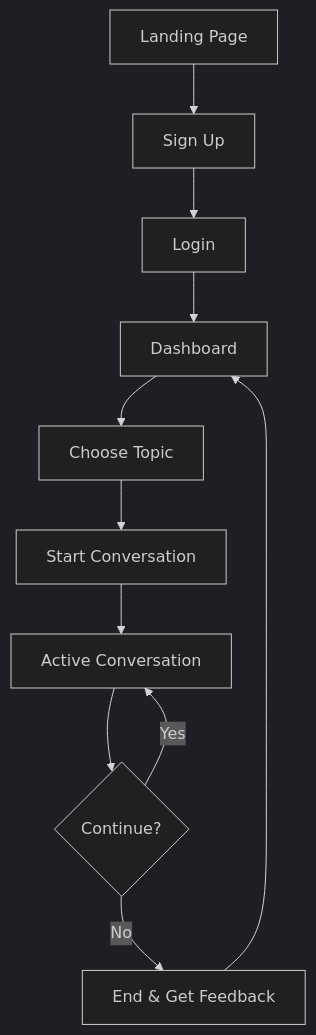
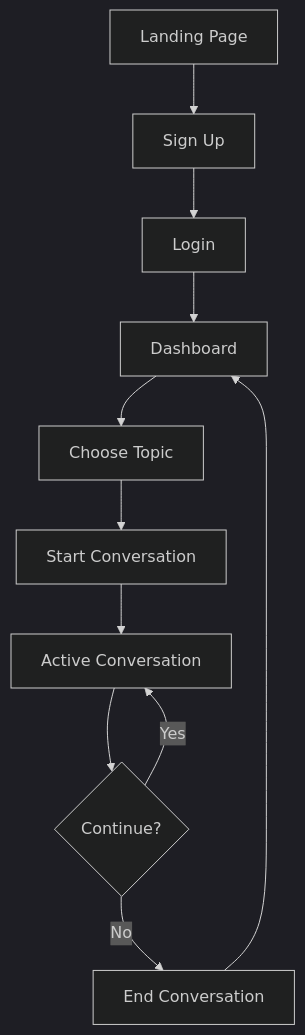
Before and after one commit to acarbonilla/xiavi: the first of 2 diagrams in docs/USER_WORKFLOW.md, drawn with Mermaid (dark theme). The commit also changed other lines of this file and 5 other files, not shown here.

````diff
--- a/docs/USER_WORKFLOW.md
+++ b/docs/USER_WORKFLOW.md
@@ -9,13 +9,13 @@
 ```mermaid
 graph TD
     A[Landing Page] --> B[Sign Up]
     B --> C[Login]
     C --> D[Dashboard]
     D --> E[Choose Topic]
     E --> F[Start Conversation]
     F --> G[Active Conversation]
     G --> H{Continue?}
     H -->|Yes| G
-    H -->|No| I[End & Get Feedback]
+    H -->|No| I[End Conversation]
     I --> D
 ```
````
